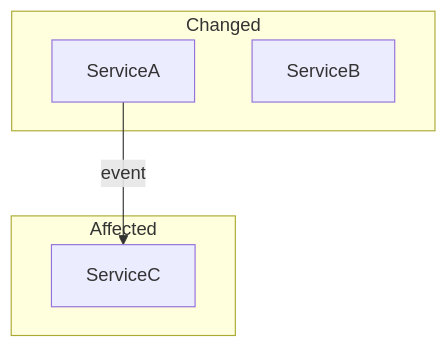
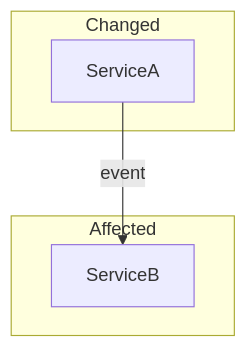
One commit to johwer/marketplace changed the third of 3 diagrams in skills/code-insights/SKILL.md. Above: the diagram before and after it, drawn with Mermaid. The commit also changed other lines of this file, not shown here.

````diff
--- a/skills/code-insights/SKILL.md
+++ b/skills/code-insights/SKILL.md
@@ -167,11 +151,10 @@
 ```mermaid
 flowchart TB
     subgraph Changed
         ServiceA
+    end
+    subgraph Affected
         ServiceB
     end
-    subgraph Affected
-        ServiceC
-    end
-    ServiceA -->|event| ServiceC
+    ServiceA -->|event| ServiceB
 ```
````
